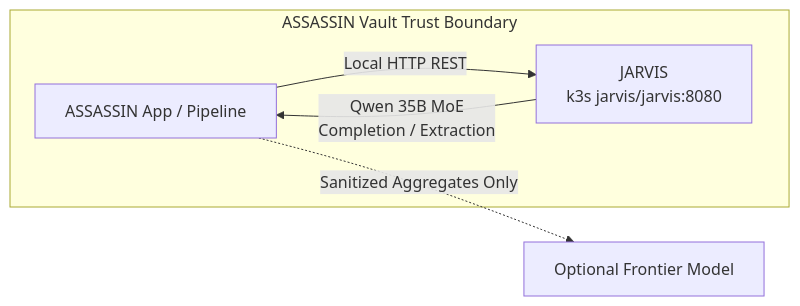
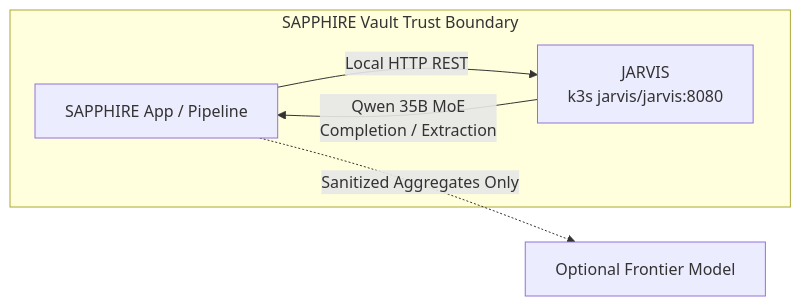
Before and after one commit to bstruong/assassin: the diagram in docs/specs/pitch_watchtower_inference.md, drawn with Mermaid. The commit also changed other lines of this file and 49 other files, not shown here.

Commit message:
chore: rename project from ASSASSIN to Sapphire

````diff
--- a/docs/specs/pitch_watchtower_inference.md
+++ b/docs/specs/pitch_watchtower_inference.md
@@ -20,8 +20,8 @@
 ```mermaid
 flowchart LR
-  subgraph "ASSASSIN Vault Trust Boundary"
-    A[ASSASSIN App / Pipeline] -->|Local HTTP REST| B[JARVIS\nk3s jarvis/jarvis:8080]
+  subgraph "SAPPHIRE Vault Trust Boundary"
+    A[SAPPHIRE App / Pipeline] -->|Local HTTP REST| B[JARVIS\nk3s jarvis/jarvis:8080]
     B -->|Qwen 35B MoE\nCompletion / Extraction| A
   end
   A -.->|Sanitized Aggregates Only| C[Optional Frontier Model]
 ```
````
